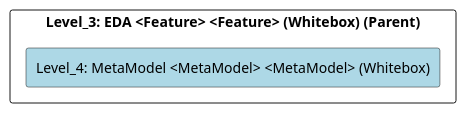
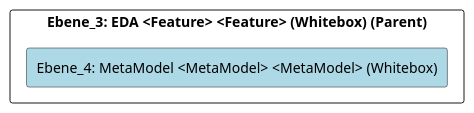
One commit to marcozwyssig/cleon changed the diagram in doc/cleonproject_deliverables_architecture_model_architecture/adoc/de/05_bausteinsicht/cleon/architecture_styles_and_patterns/eda/metamodel/ebene_4_metamodel.adoc. Above: the diagram before and after it, drawn with PlantUML. The commit also changed other lines of this file and 214 other files, not shown here.

```diff
--- a/doc/cleonproject_deliverables_architecture_model_architecture/adoc/de/05_bausteinsicht/cleon/architecture_styles_and_patterns/eda/metamodel/ebene_4_metamodel.adoc
+++ b/doc/cleonproject_deliverables_architecture_model_architecture/adoc/de/05_bausteinsicht/cleon/architecture_styles_and_patterns/eda/metamodel/ebene_4_metamodel.adoc
@@ -21,24 +21,24 @@
-[plantuml, Level_4: MetaModel <MetaModel> <MetaModel> (Whitebox)BlockOverview, format="svg"]
+[plantuml, Ebene_4: MetaModel <MetaModel> <MetaModel> (Whitebox)BlockOverview, format="svg"]
 ----
-@startuml Level_4: MetaModel <MetaModel> <MetaModel> (Whitebox)BuildingBlockOverview
+@startuml Ebene_4: MetaModel <MetaModel> <MetaModel> (Whitebox)BuildingBlockOverview
 
 skinparam ranksep 10
 skinparam componentStyle rectangle
 skinparam shadowing false
 skinparam arrowColor lightblue
 skinparam arrowThickness 1.2
 skinparam rectangle {
   BackgroundColor White
   BorderColor #333
   RoundCorner 10
 }
 top to bottom direction
 
-component "Level_3: EDA <Feature> <Feature> (Whitebox) (Parent)" {
-    component "Level_4: MetaModel <MetaModel> <MetaModel> (Whitebox)" #lightblue {
+component "Ebene_3: EDA <Feature> <Feature> (Whitebox) (Parent)" {
+    component "Ebene_4: MetaModel <MetaModel> <MetaModel> (Whitebox)" #lightblue {
     }
 
 }
 
 @enduml
 ----
```
